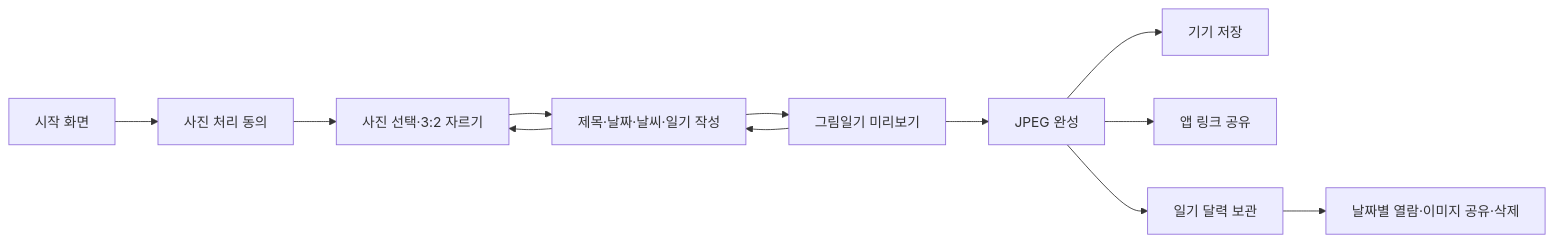
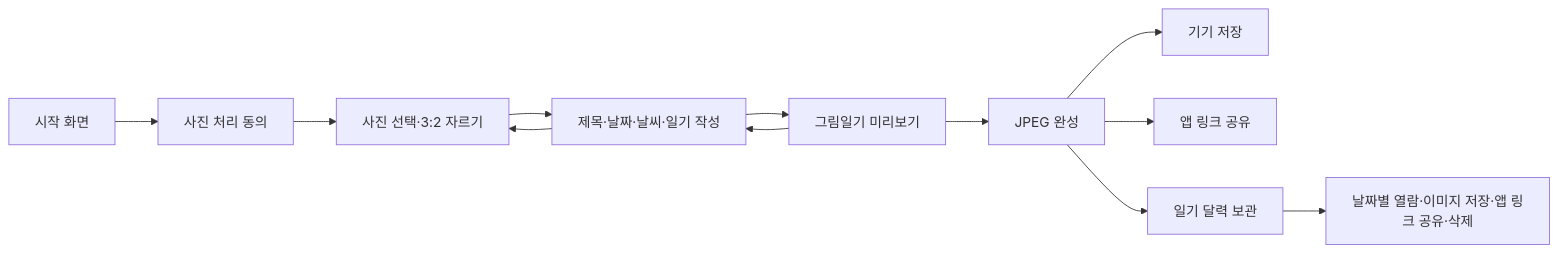
Before and after one commit to SummerVacationDiaryTMD/Summer_Vacation_Diary: the diagram in README.md, drawn with Mermaid. The commit also changed other lines of this file and 25 other files, not shown here.

````diff
--- a/README.md
+++ b/README.md
@@ -105,14 +119,14 @@
 ```mermaid
 flowchart LR
     O["시작 화면"] --> U["사진 처리 동의"]
     U --> C["사진 선택·3:2 자르기"]
     C --> W["제목·날짜·날씨·일기 작성"]
     W --> P["그림일기 미리보기"]
     P --> F["JPEG 완성"]
     F --> S["기기 저장"]
     F --> H["앱 링크 공유"]
     F --> A["일기 달력 보관"]
-    A --> V["날짜별 열람·이미지 공유·삭제"]
+    A --> V["날짜별 열람·이미지 저장·앱 링크 공유·삭제"]
     P --> W
     W --> C
 ```
````
